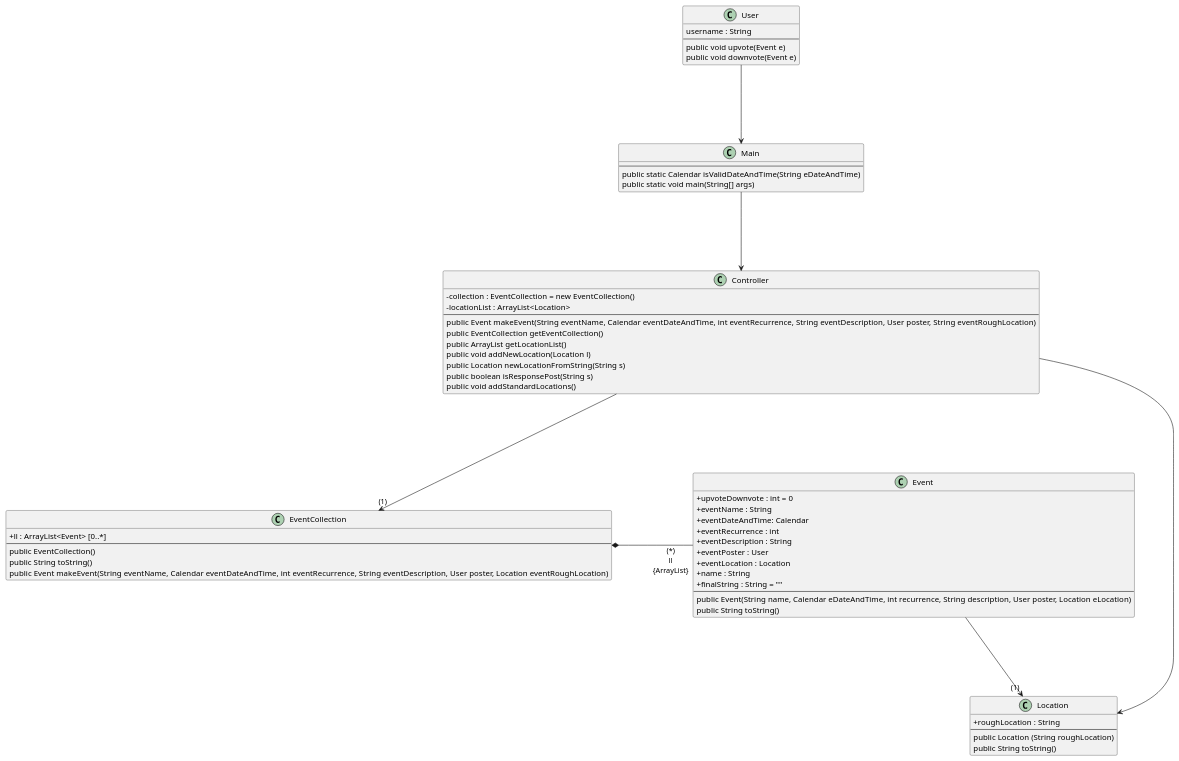
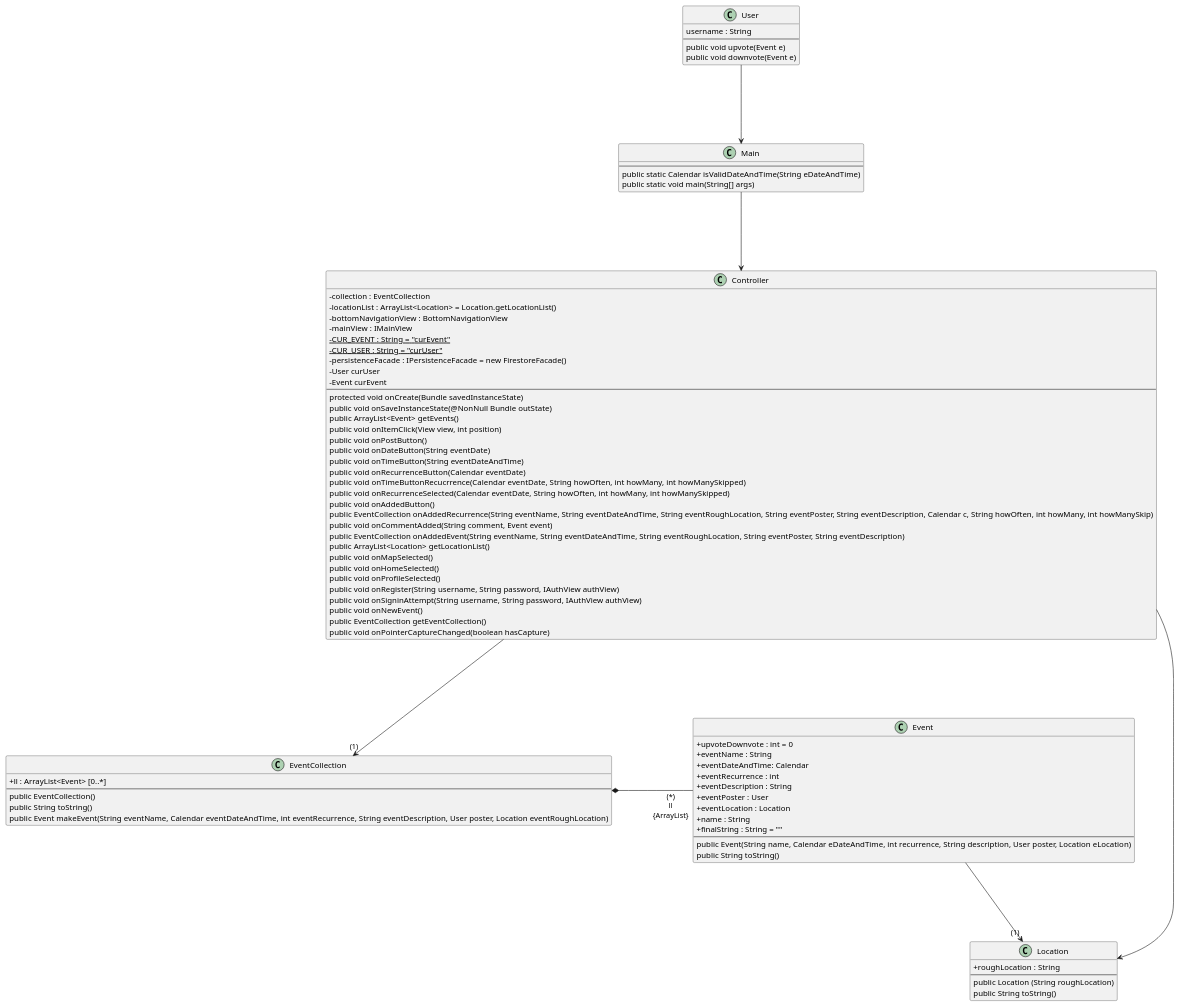
The seventh of 7 diagrams in intellij/doc/design.md (seamusgould/WhatsUpApp), drawn with PlantUML before and after one commit.

Commit message:
updated controller class in class diagram

```diff
--- a/intellij/doc/design.md
+++ b/intellij/doc/design.md
@@ -221,16 +221,39 @@
 }
 
 class Controller{
-- collection : EventCollection = new EventCollection()
-- locationList : ArrayList<Location>
+- collection : EventCollection
+- locationList : ArrayList<Location> = Location.getLocationList()
+- bottomNavigationView : BottomNavigationView
+- mainView : IMainView
+{static} - CUR_EVENT : String = "curEvent"
+{static} - CUR_USER : String = "curUser"
+- persistenceFacade : IPersistenceFacade = new FirestoreFacade()
+- User curUser
+- Event curEvent
 --
-public Event makeEvent(String eventName, Calendar eventDateAndTime, int eventRecurrence, String eventDescription, User poster, String eventRoughLocation)
+protected void onCreate(Bundle savedInstanceState)
+public void onSaveInstanceState(@NonNull Bundle outState)
+public ArrayList<Event> getEvents()
+public void onItemClick(View view, int position)
+public void onPostButton()
+public void onDateButton(String eventDate)
+public void onTimeButton(String eventDateAndTime)
+public void onRecurrenceButton(Calendar eventDate)
+public void onTimeButtonRecucrrence(Calendar eventDate, String howOften, int howMany, int howManySkipped)
+public void onRecurrenceSelected(Calendar eventDate, String howOften, int howMany, int howManySkipped)
+public void onAddedButton()
+public EventCollection onAddedRecurrence(String eventName, String eventDateAndTime, String eventRoughLocation, String eventPoster, String eventDescription, Calendar c, String howOften, int howMany, int howManySkip)
+public void onCommentAdded(String comment, Event event)
+public EventCollection onAddedEvent(String eventName, String eventDateAndTime, String eventRoughLocation, String eventPoster, String eventDescription)
+public ArrayList<Location> getLocationList()
+public void onMapSelected()
+public void onHomeSelected()
+public void onProfileSelected()
+public void onRegister(String username, String password, IAuthView authView)
+public void onSigninAttempt(String username, String password, IAuthView authView)
+public void onNewEvent()
 public EventCollection getEventCollection()
-public ArrayList getLocationList()
-public void addNewLocation(Location l)
-public Location newLocationFromString(String s)
-public boolean isResponsePost(String s)
-public void addStandardLocations()
+public void onPointerCaptureChanged(boolean hasCapture)
 }
 
 User ---> Main : \t\t\t\t
```
